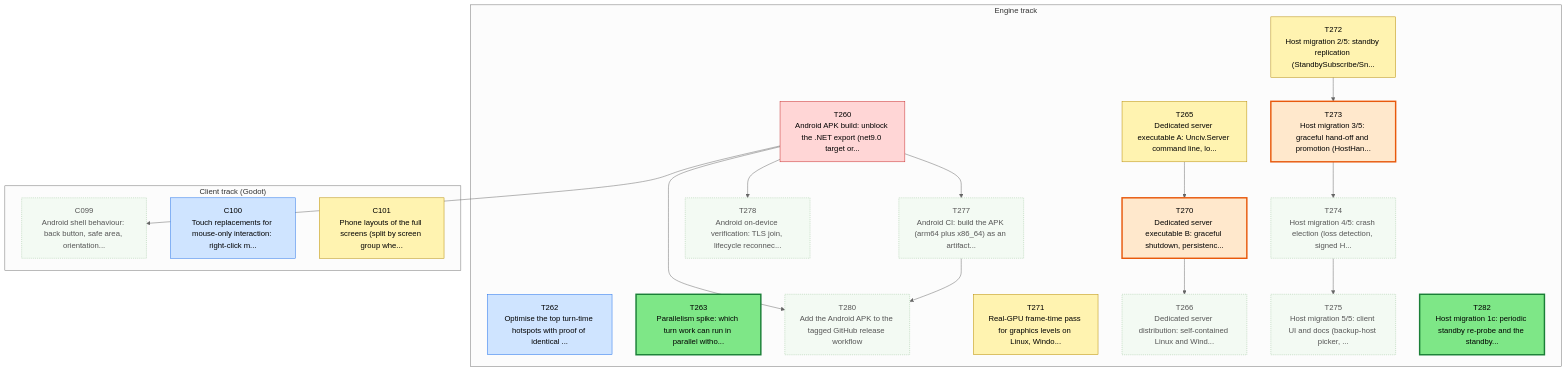
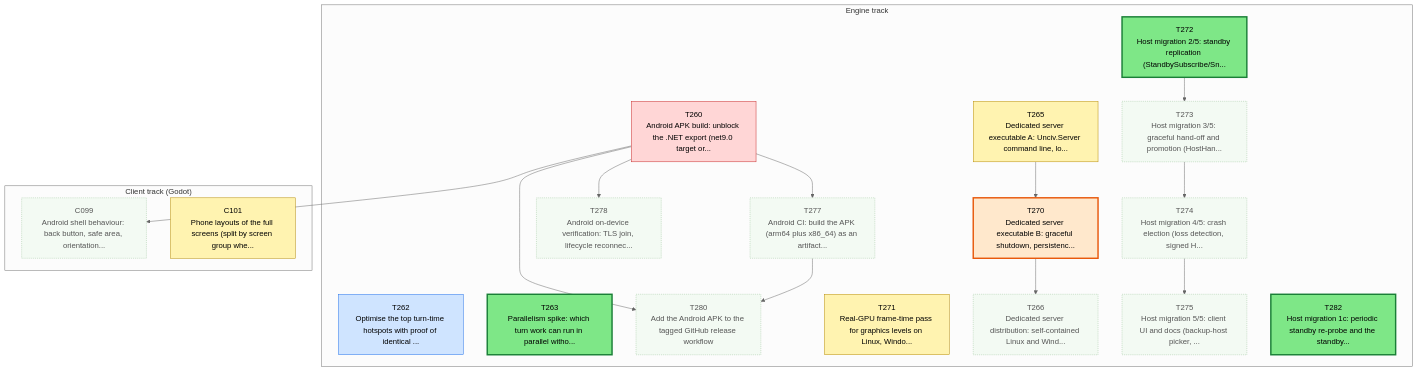
One commit to Kenmura/Unciv changed the first of 3 diagrams in csharp/migration/DEPENDENCY_MAP.md. Above: the diagram before and after it, drawn with Mermaid (neutral theme). The commit also changed other lines of this file and 1 other file, not shown here.

Commit message:
migration: review C100 pass [Adversarial Review]

````diff
--- a/csharp/migration/DEPENDENCY_MAP.md
+++ b/csharp/migration/DEPENDENCY_MAP.md
@@ -35,60 +35,58 @@
 ```mermaid
 flowchart TD
   subgraph TTRACK["Engine track"]
     T260["T260<br/>Android APK build: unblock the .NET export (net9.0 target or..."]
     T262["T262<br/>Optimise the top turn-time hotspots with proof of identical ..."]
     T263["T263<br/>Parallelism spike: which turn work can run in parallel witho..."]
     T265["T265<br/>Dedicated server executable A: Unciv.Server command line, lo..."]
     T266["T266<br/>Dedicated server distribution: self-contained Linux and Wind..."]
     T270["T270<br/>Dedicated server executable B: graceful shutdown, persistenc..."]
     T271["T271<br/>Real-GPU frame-time pass for graphics levels on Linux, Windo..."]
     T272["T272<br/>Host migration 2/5: standby replication (StandbySubscribe/Sn..."]
     T273["T273<br/>Host migration 3/5: graceful hand-off and promotion (HostHan..."]
     T274["T274<br/>Host migration 4/5: crash election (loss detection, signed H..."]
     T275["T275<br/>Host migration 5/5: client UI and docs (backup-host picker, ..."]
     T277["T277<br/>Android CI: build the APK (arm64 plus x86_64) as an artifact..."]
     T278["T278<br/>Android on-device verification: TLS join, lifecycle reconnec..."]
     T280["T280<br/>Add the Android APK to the tagged GitHub release workflow"]
     T282["T282<br/>Host migration 1c: periodic standby re-probe and the standby..."]
   end
   subgraph CTRACK["Client track (Godot)"]
     C099["C099<br/>Android shell behaviour: back button, safe area, orientation..."]
-    C100["C100<br/>Touch replacements for mouse-only interaction: right-click m..."]
     C101["C101<br/>Phone layouts of the full screens (split by screen group whe..."]
   end
   T270 --> T266
   T265 --> T270
   T272 --> T273
   T273 --> T274
   T274 --> T275
   T260 --> T277
   T260 --> T278
   T260 --> T280
   T277 --> T280
   T260 --> C099
   classDef waiting fill:#f3faf3,stroke:#9bc49b,color:#555,stroke-dasharray:2 2
   classDef ondeck fill:#ffe8cc,stroke:#e8590c,stroke-width:3px,color:#000
   classDef ready fill:#7ee787,stroke:#1a7f37,stroke-width:3px,color:#000
   classDef prog fill:#fff3b0,stroke:#b58900,color:#000
   classDef review fill:#cfe4ff,stroke:#1f6feb,color:#000
   classDef blocked fill:#ffd6d6,stroke:#c62828,color:#000
   classDef done fill:#eeeeee,stroke:#999999,color:#666,stroke-dasharray:4 3
   class C099 waiting
-  class C100 review
   class C101 prog
   class T260 blocked
   class T262 review
   class T263 ready
   class T265 prog
   class T266 waiting
   class T270 ondeck
   class T271 prog
-  class T272 prog
-  class T273 ondeck
+  class T272 ready
+  class T273 waiting
   class T274 waiting
   class T275 waiting
   class T277 waiting
   class T278 waiting
   class T280 waiting
   class T282 ready
 ```
````
